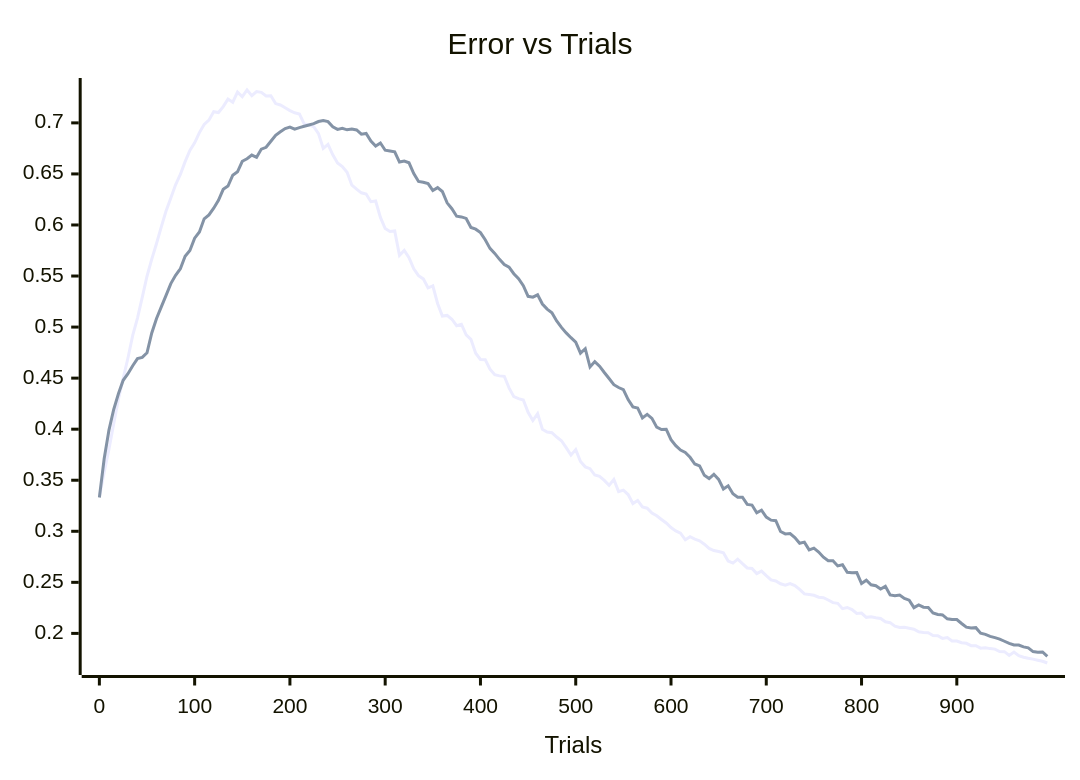
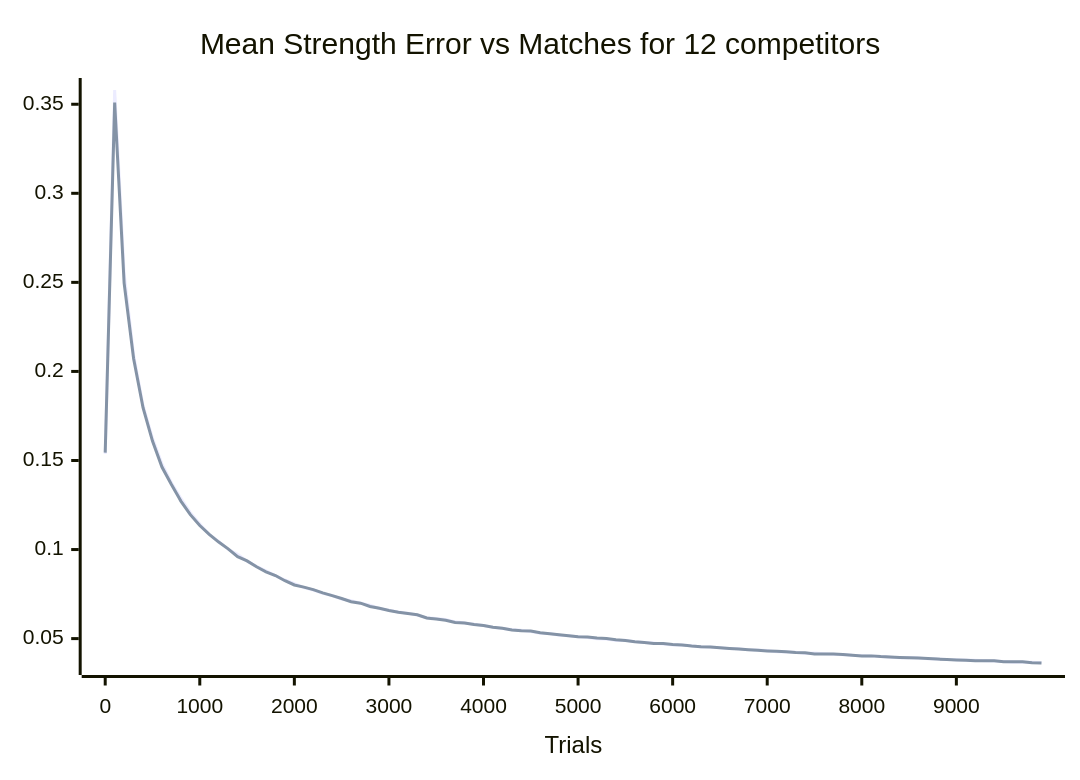
Before and after one commit to willcoffey/bradley-terry: the first of 3 diagrams in README.md, drawn with Mermaid. The commit also changed other lines of this file and 3 other files, not shown here.

````diff
--- a/README.md
+++ b/README.md
@@ -90,7 +81,7 @@
 ```mermaid
 xychart-beta
-    title "Error vs Trials"
-    x-axis "Trials" 0 --> 995
-    line "Random" [0.3337, 0.3576, 0.3802, 0.4051, 0.4293, 0.4497, 0.4697, 0.4918, 0.5088, 0.5291, 0.5498, 0.5665, 0.5819, 0.5981, 0.6136, 0.6264, 0.6393, 0.6495, 0.6620, 0.6731, 0.6805, 0.6905, 0.6985, 0.7027, 0.7109, 0.7101, 0.7159, 0.7233, 0.7202, 0.7301, 0.7256, 0.7322, 0.7267, 0.7307, 0.7299, 0.7263, 0.7265, 0.7189, 0.7175, 0.7148, 0.7120, 0.7099, 0.7086, 0.6990, 0.6982, 0.6962, 0.6895, 0.6749, 0.6789, 0.6687, 0.6608, 0.6573, 0.6517, 0.6390, 0.6351, 0.6315, 0.6303, 0.6228, 0.6235, 0.6074, 0.5965, 0.5936, 0.5942, 0.5703, 0.5751, 0.5679, 0.5570, 0.5503, 0.5472, 0.5385, 0.5404, 0.5231, 0.5108, 0.5114, 0.5077, 0.5013, 0.5028, 0.4924, 0.4880, 0.4744, 0.4683, 0.4681, 0.4587, 0.4533, 0.4522, 0.4518, 0.4404, 0.4319, 0.4299, 0.4286, 0.4165, 0.4085, 0.4152, 0.3999, 0.3972, 0.3965, 0.3923, 0.3887, 0.3819, 0.3746, 0.3800, 0.3683, 0.3631, 0.3613, 0.3551, 0.3538, 0.3498, 0.3450, 0.3507, 0.3388, 0.3403, 0.3360, 0.3272, 0.3302, 0.3239, 0.3226, 0.3179, 0.3152, 0.3116, 0.3081, 0.3036, 0.3004, 0.2982, 0.2917, 0.2947, 0.2923, 0.2906, 0.2874, 0.2832, 0.2811, 0.2802, 0.2790, 0.2709, 0.2689, 0.2727, 0.2683, 0.2641, 0.2636, 0.2586, 0.2610, 0.2566, 0.2524, 0.2514, 0.2486, 0.2473, 0.2488, 0.2469, 0.2431, 0.2387, 0.2380, 0.2373, 0.2354, 0.2350, 0.2327, 0.2301, 0.2294, 0.2242, 0.2254, 0.2234, 0.2195, 0.2199, 0.2157, 0.2162, 0.2153, 0.2146, 0.2114, 0.2105, 0.2070, 0.2058, 0.2060, 0.2051, 0.2041, 0.2015, 0.2009, 0.2007, 0.1980, 0.1977, 0.1951, 0.1959, 0.1926, 0.1925, 0.1909, 0.1903, 0.1880, 0.1880, 0.1855, 0.1860, 0.1851, 0.1846, 0.1822, 0.1821, 0.1784, 0.1817, 0.1781, 0.1766, 0.1756, 0.1748, 0.1737, 0.1727, 0.1710]
-    line "Random" [0.3331, 0.3708, 0.3988, 0.4192, 0.4347, 0.4479, 0.4543, 0.4622, 0.4691, 0.4703, 0.4748, 0.4942, 0.5084, 0.5198, 0.5310, 0.5426, 0.5507, 0.5571, 0.5693, 0.5750, 0.5871, 0.5932, 0.6060, 0.6098, 0.6164, 0.6242, 0.6349, 0.6381, 0.6488, 0.6521, 0.6624, 0.6649, 0.6685, 0.6663, 0.6743, 0.6761, 0.6820, 0.6879, 0.6913, 0.6944, 0.6959, 0.6938, 0.6954, 0.6967, 0.6979, 0.6992, 0.7013, 0.7023, 0.7012, 0.6961, 0.6936, 0.6946, 0.6932, 0.6940, 0.6931, 0.6890, 0.6897, 0.6822, 0.6773, 0.6803, 0.6732, 0.6725, 0.6717, 0.6616, 0.6626, 0.6609, 0.6504, 0.6426, 0.6419, 0.6405, 0.6338, 0.6366, 0.6328, 0.6217, 0.6159, 0.6086, 0.6079, 0.6064, 0.5975, 0.5959, 0.5925, 0.5855, 0.5771, 0.5722, 0.5663, 0.5613, 0.5587, 0.5523, 0.5474, 0.5406, 0.5301, 0.5293, 0.5316, 0.5226, 0.5176, 0.5140, 0.5060, 0.4997, 0.4943, 0.4896, 0.4852, 0.4745, 0.4788, 0.4609, 0.4662, 0.4617, 0.4555, 0.4496, 0.4436, 0.4408, 0.4388, 0.4290, 0.4218, 0.4208, 0.4110, 0.4145, 0.4106, 0.4020, 0.3997, 0.3999, 0.3898, 0.3838, 0.3795, 0.3772, 0.3725, 0.3659, 0.3640, 0.3548, 0.3516, 0.3558, 0.3508, 0.3414, 0.3445, 0.3367, 0.3334, 0.3334, 0.3263, 0.3257, 0.3181, 0.3206, 0.3139, 0.3109, 0.3104, 0.2998, 0.2974, 0.2978, 0.2939, 0.2883, 0.2894, 0.2818, 0.2835, 0.2797, 0.2746, 0.2711, 0.2711, 0.2661, 0.2672, 0.2598, 0.2594, 0.2596, 0.2488, 0.2521, 0.2476, 0.2467, 0.2435, 0.2461, 0.2376, 0.2368, 0.2376, 0.2342, 0.2325, 0.2252, 0.2278, 0.2257, 0.2254, 0.2201, 0.2185, 0.2181, 0.2143, 0.2136, 0.2136, 0.2097, 0.2061, 0.2052, 0.2056, 0.2002, 0.1990, 0.1971, 0.1958, 0.1944, 0.1923, 0.1903, 0.1887, 0.1886, 0.1868, 0.1858, 0.1822, 0.1816, 0.1818, 0.1776]
+    title "Mean Strength Error vs Matches for 12 competitors"
+    x-axis "Trials" 0 --> 9900
+    line "Random" [0.1537, 0.3580, 0.2552, 0.2094, 0.1809, 0.1625, 0.1481, 0.1375, 0.1287, 0.1207, 0.1144, 0.1085, 0.1046, 0.1001, 0.0974, 0.0935, 0.0906, 0.0880, 0.0854, 0.0829, 0.0809, 0.0787, 0.0773, 0.0754, 0.0742, 0.0722, 0.0712, 0.0699, 0.0687, 0.0669, 0.0660, 0.0649, 0.0642, 0.0632, 0.0617, 0.0613, 0.0608, 0.0594, 0.0587, 0.0580, 0.0573, 0.0564, 0.0557, 0.0551, 0.0547, 0.0540, 0.0530, 0.0528, 0.0519, 0.0516, 0.0511, 0.0506, 0.0499, 0.0498, 0.0490, 0.0491, 0.0483, 0.0478, 0.0475, 0.0469, 0.0464, 0.0464, 0.0460, 0.0453, 0.0453, 0.0449, 0.0444, 0.0443, 0.0438, 0.0436, 0.0433, 0.0426, 0.0425, 0.0423, 0.0417, 0.0419, 0.0415, 0.0412, 0.0410, 0.0406, 0.0404, 0.0402, 0.0399, 0.0395, 0.0392, 0.0394, 0.0391, 0.0387, 0.0386, 0.0382, 0.0381, 0.0380, 0.0378, 0.0376, 0.0374, 0.0372, 0.0367, 0.0367, 0.0367, 0.0364]
+    line "Random" [0.1544, 0.3510, 0.2496, 0.2073, 0.1796, 0.1609, 0.1463, 0.1365, 0.1272, 0.1196, 0.1135, 0.1085, 0.1042, 0.1004, 0.0960, 0.0936, 0.0903, 0.0875, 0.0854, 0.0825, 0.0801, 0.0789, 0.0775, 0.0757, 0.0741, 0.0725, 0.0707, 0.0699, 0.0680, 0.0670, 0.0658, 0.0648, 0.0641, 0.0634, 0.0616, 0.0610, 0.0603, 0.0591, 0.0588, 0.0579, 0.0573, 0.0564, 0.0558, 0.0548, 0.0544, 0.0542, 0.0533, 0.0527, 0.0521, 0.0516, 0.0510, 0.0509, 0.0503, 0.0500, 0.0493, 0.0489, 0.0482, 0.0478, 0.0473, 0.0472, 0.0467, 0.0464, 0.0458, 0.0454, 0.0453, 0.0449, 0.0445, 0.0441, 0.0438, 0.0434, 0.0431, 0.0429, 0.0426, 0.0422, 0.0420, 0.0414, 0.0414, 0.0413, 0.0411, 0.0407, 0.0403, 0.0403, 0.0399, 0.0397, 0.0394, 0.0392, 0.0391, 0.0388, 0.0385, 0.0382, 0.0380, 0.0379, 0.0375, 0.0375, 0.0375, 0.0370, 0.0370, 0.0370, 0.0365, 0.0363]
 ```
````
